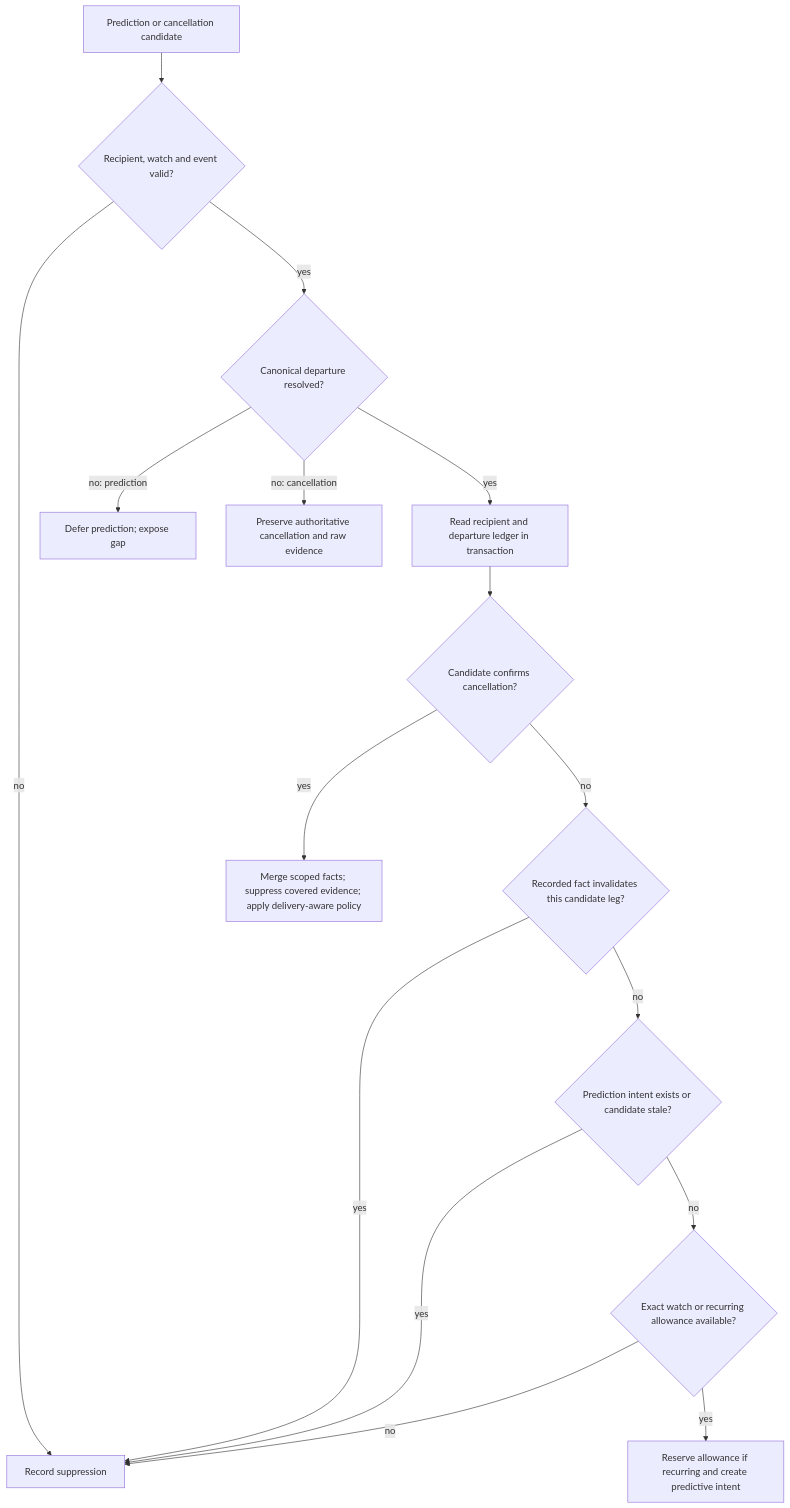
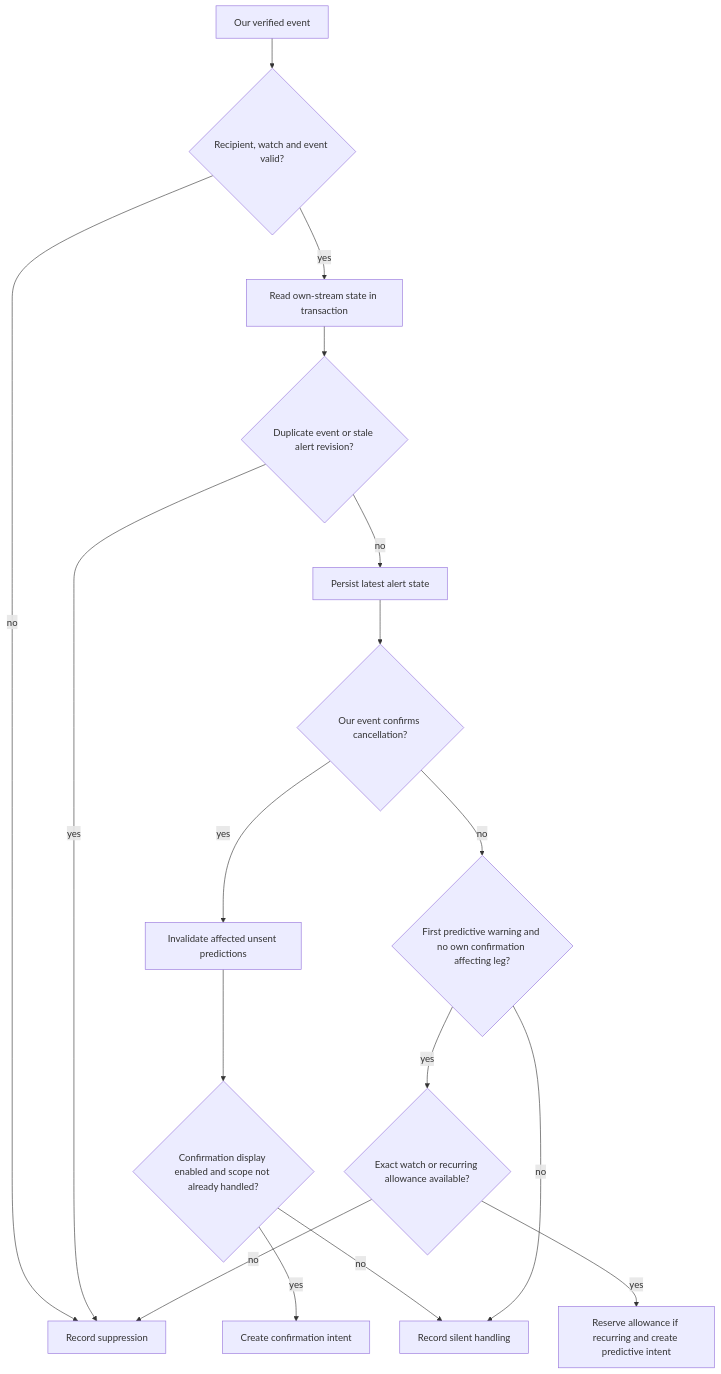
The fourth of 4 diagrams in docs/plans/2026-09-07-1506-feat-journey-notification-webhooks-plan.md (entur/smart-avvik), drawn with Mermaid before and after one commit. The commit also changed other lines of this file, not shown here.

Commit message:
Webhooks plan where cancellation arbitration has been dropped for simplicity

````diff
--- a/docs/plans/2026-09-07-1506-feat-journey-notification-webhooks-plan.md
+++ b/docs/plans/2026-09-07-1506-feat-journey-notification-webhooks-plan.md
@@ -219,18 +221,19 @@
 ```mermaid
 flowchart TB
-    In[Prediction or cancellation candidate] --> Valid{Recipient, watch and event valid?}
+    In[Our verified event] --> Valid{Recipient, watch and event valid?}
     Valid -->|no| Drop[Record suppression]
-    Valid -->|yes| Resolve{Canonical departure resolved?}
-    Resolve -->|no: prediction| Defer[Defer prediction; expose gap]
-    Resolve -->|no: cancellation| Legacy[Preserve authoritative cancellation and raw evidence]
-    Resolve -->|yes| Tx[Read recipient and departure ledger in transaction]
-    Tx --> Fact{Candidate confirms cancellation?}
-    Fact -->|yes| Confirm[Merge scoped facts; suppress covered evidence; apply delivery-aware policy]
-    Fact -->|no| Confirmed{Recorded fact invalidates this candidate leg?}
-    Confirmed -->|yes| Drop
-    Confirmed -->|no| Seen{Prediction intent exists or candidate stale?}
+    Valid -->|yes| Tx[Read own-stream state in transaction]
+    Tx --> Seen{Duplicate event or stale alert revision?}
     Seen -->|yes| Drop
-    Seen -->|no| Budget{Exact watch or recurring allowance available?}
+    Seen -->|no| Update[Persist latest alert state]
+    Update --> Fact{Our event confirms cancellation?}
+    Fact -->|yes| Confirm[Invalidate affected unsent predictions]
+    Confirm --> Display{Confirmation display enabled and scope not already handled?}
+    Display -->|yes| Notify[Create confirmation intent]
+    Display -->|no| Silent[Record silent handling]
+    Fact -->|no| Predictable{First predictive warning and no own confirmation affecting leg?}
+    Predictable -->|no| Silent
+    Predictable -->|yes| Budget{Exact watch or recurring allowance available?}
     Budget -->|no| Drop
     Budget -->|yes| Predict[Reserve allowance if recurring and create predictive intent]
 ```
````
